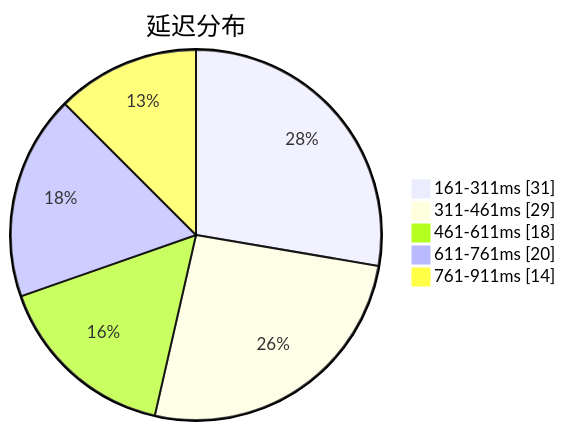
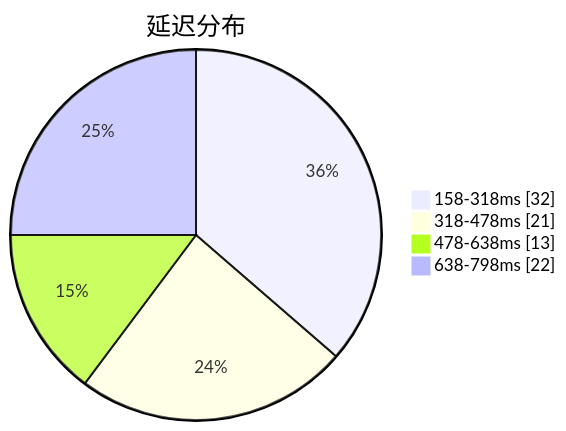
One commit to qjlxg/airport changed the first of 3 diagrams in subs/statistics/tested_within.md. Above: the diagram before and after it, drawn with Mermaid. The commit also changed other lines of this file and 2 other files, not shown here.

````diff
--- a/subs/statistics/tested_within.md
+++ b/subs/statistics/tested_within.md
@@ -2,9 +2,8 @@
 ```mermaid
 pie showData
 title 延迟分布
-"161-311ms" : 31
-"311-461ms" : 29
-"461-611ms" : 18
-"611-761ms" : 20
-"761-911ms" : 14
+"158-318ms" : 32
+"318-478ms" : 21
+"478-638ms" : 13
+"638-798ms" : 22
 ```
````
